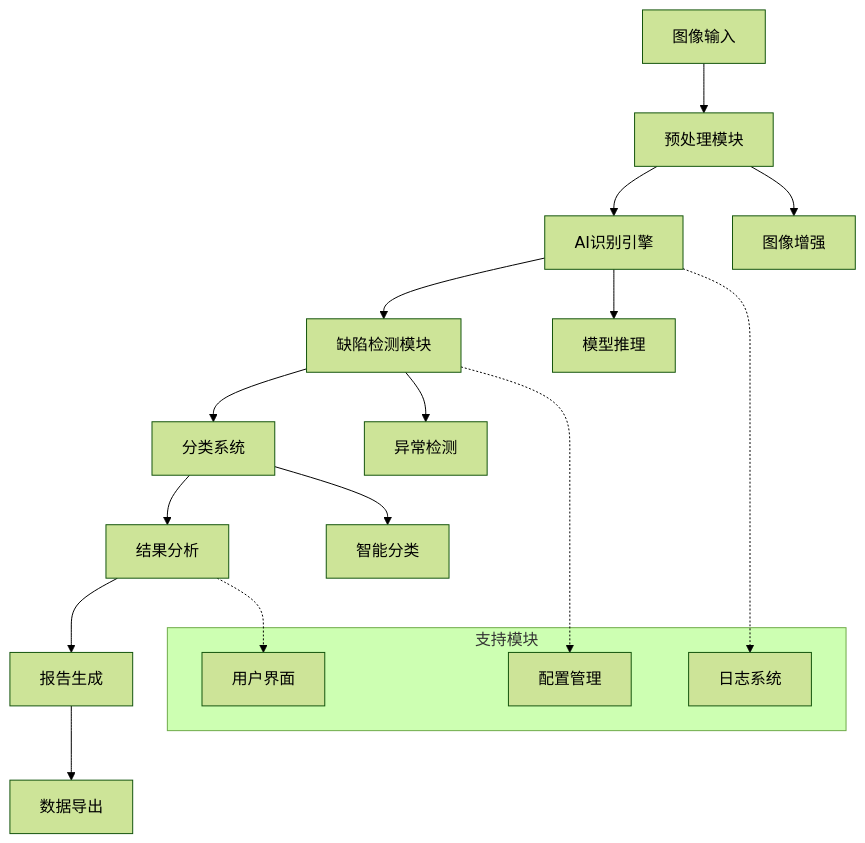
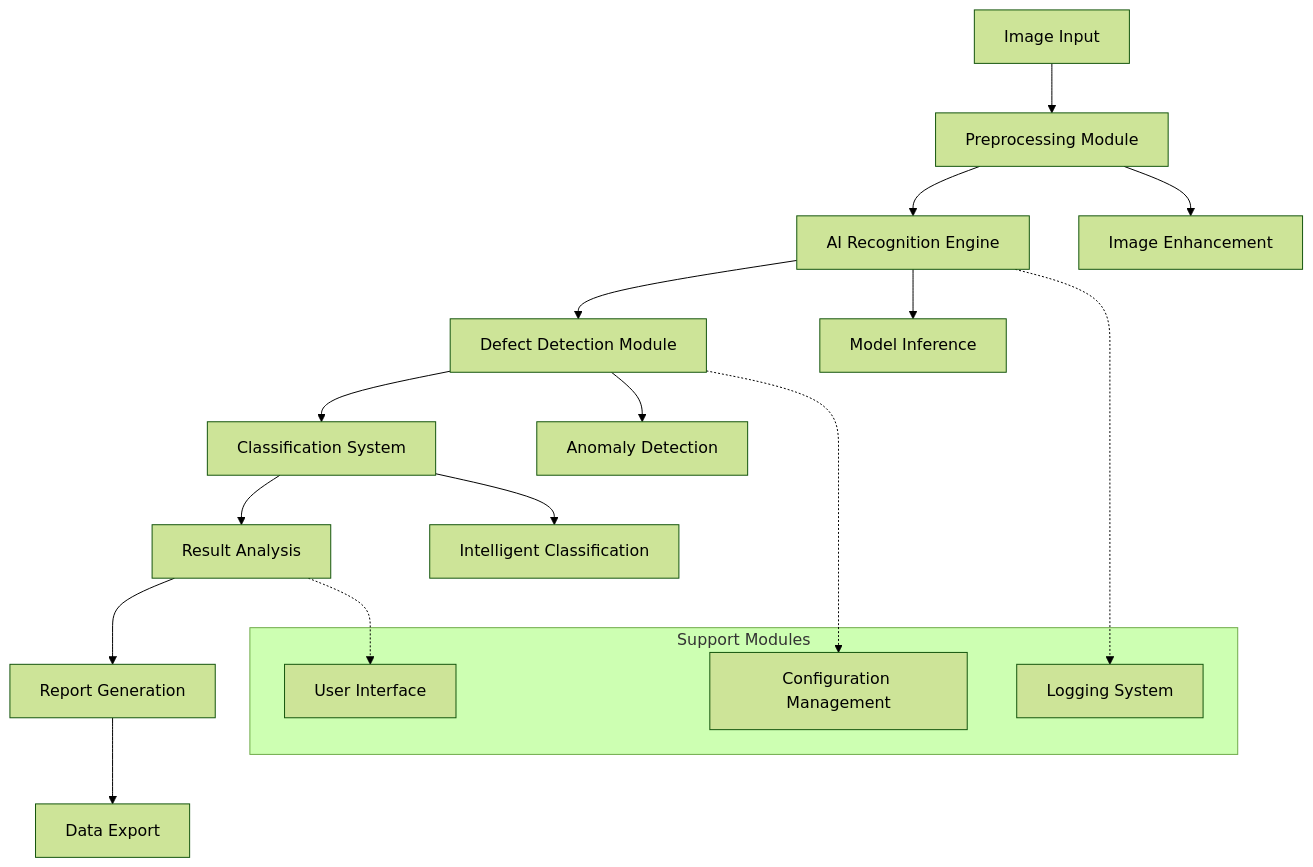
Before and after one commit to YangShengzhou03/RailwayOCR: the third of 3 diagrams in README.md, drawn with Mermaid (forest theme). The commit also changed other lines of this file and 3 other files, not shown here.

````diff
--- a/README.md
+++ b/README.md
@@ -394,25 +361,25 @@
 ```mermaid
 graph TB
-    A[图像输入] --> B[预处理模块]
-    B --> C[AI识别引擎]
-    C --> D[缺陷检测模块]
-    D --> E[分类系统]
-    E --> F[结果分析]
-    F --> G[报告生成]
-    G --> H[数据导出]
+    A[Image Input] --> B[Preprocessing Module]
+    B --> C[AI Recognition Engine]
+    C --> D[Defect Detection Module]
+    D --> E[Classification System]
+    E --> F[Result Analysis]
+    F --> G[Report Generation]
+    G --> H[Data Export]
     
-    B --> I[图像增强]
-    C --> J[模型推理]
-    D --> K[异常检测]
-    E --> L[智能分类]
+    B --> I[Image Enhancement]
+    C --> J[Model Inference]
+    D --> K[Anomaly Detection]
+    E --> L[Intelligent Classification]
     
-    subgraph "支持模块"
-        M[日志系统]
-        N[配置管理]
-        O[用户界面]
+    subgraph "Support Modules"
+        M[Logging System]
+        N[Configuration Management]
+        O[User Interface]
     end
     
     C -.-> M
     D -.-> N
     F -.-> O
 ```
````
